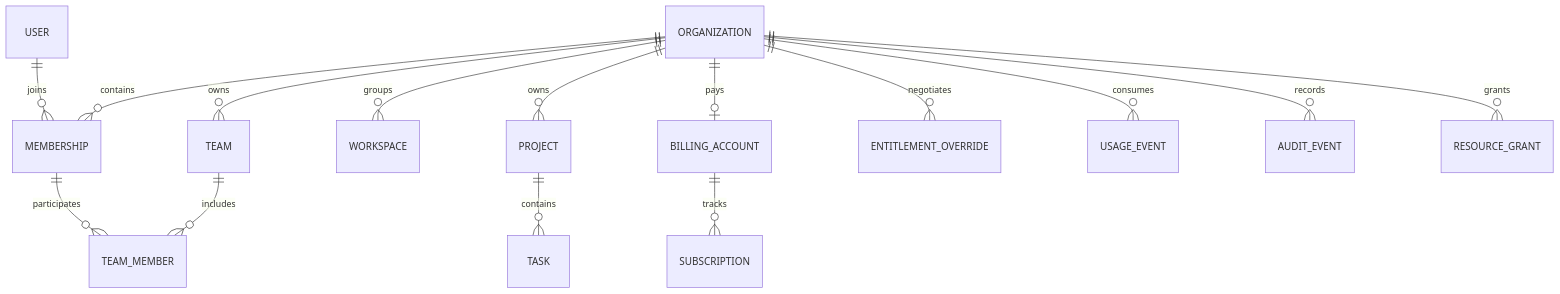
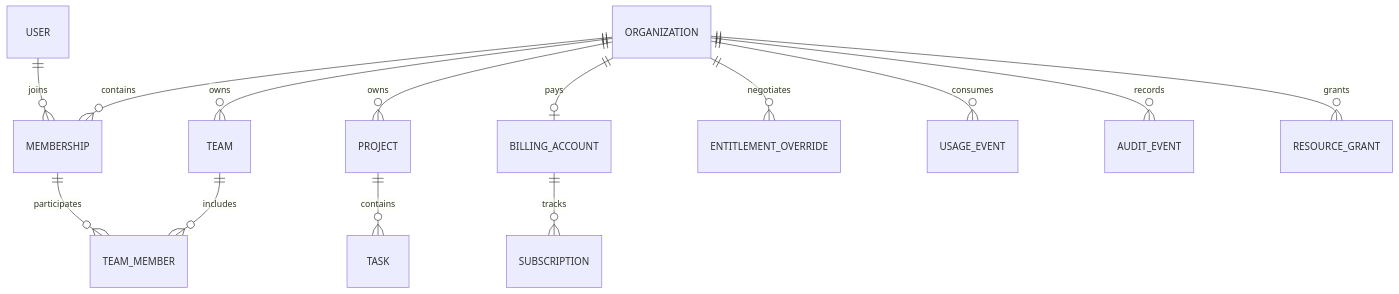
Before and after one commit to dani-beltran/saas-cook: the diagram in docs/03-data-model.md, drawn with Mermaid. The commit also changed other lines of this file and 64 other files, not shown here.

````diff
--- a/docs/03-data-model.md
+++ b/docs/03-data-model.md
@@ -17,17 +17,16 @@
 ```mermaid
 erDiagram
     USER ||--o{ MEMBERSHIP : joins
     ORGANIZATION ||--o{ MEMBERSHIP : contains
     ORGANIZATION ||--o{ TEAM : owns
     MEMBERSHIP ||--o{ TEAM_MEMBER : participates
     TEAM ||--o{ TEAM_MEMBER : includes
-    ORGANIZATION ||--o{ WORKSPACE : groups
     ORGANIZATION ||--o{ PROJECT : owns
     PROJECT ||--o{ TASK : contains
     ORGANIZATION ||--o| BILLING_ACCOUNT : pays
     BILLING_ACCOUNT ||--o{ SUBSCRIPTION : tracks
     ORGANIZATION ||--o{ ENTITLEMENT_OVERRIDE : negotiates
     ORGANIZATION ||--o{ USAGE_EVENT : consumes
     ORGANIZATION ||--o{ AUDIT_EVENT : records
     ORGANIZATION ||--o{ RESOURCE_GRANT : grants
 ```
````
